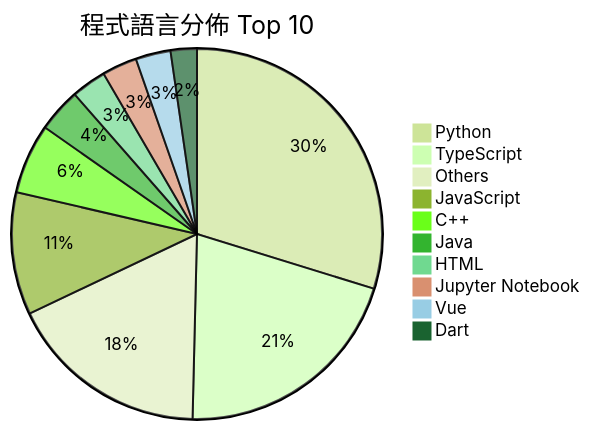
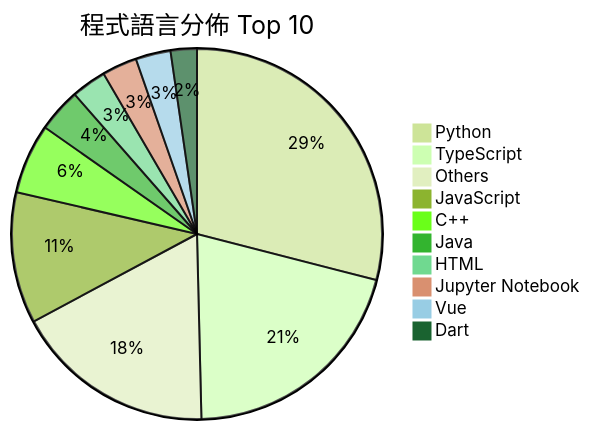
One commit to Andy87877/GitHub-Star-Manager changed the second of 2 diagrams in README.md. Above: the diagram before and after it, drawn with Mermaid (forest theme). The commit also changed other lines of this file and 3 other files, not shown here.

````diff
--- a/README.md
+++ b/README.md
@@ -27,13 +27,13 @@
 ```mermaid
 pie title 程式語言分佈 Top 10
-    "Python" : 39
+    "Python" : 38
     "TypeScript" : 27
     "Others" : 23
-    "JavaScript" : 14
+    "JavaScript" : 15
     "C++" : 8
     "Java" : 5
     "HTML" : 4
     "Jupyter Notebook" : 4
     "Vue" : 4
     "Dart" : 3
 ```
````
